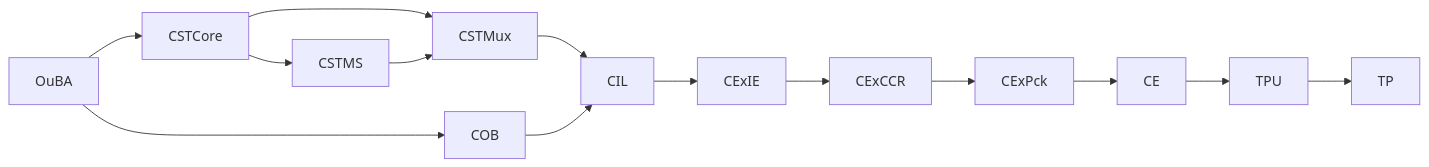
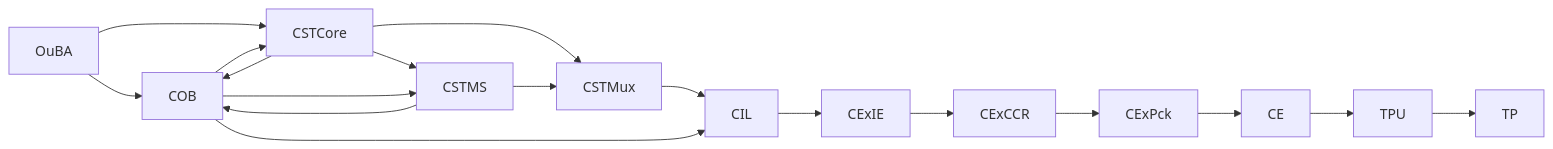
One commit to CuriousOne23/WhenMathPrays changed the first of 3 diagrams in thought_simulator/requirements_20/system_playground/primitives/tpu/tp_description.md. Above: the diagram before and after it, drawn with Mermaid.

Commit message:
Update tp_description.md with COB connections
Added COB connections to CSTCore and CSTMS in the stability layer.

````diff
--- a/thought_simulator/requirements_20/system_playground/primitives/tpu/tp_description.md
+++ b/thought_simulator/requirements_20/system_playground/primitives/tpu/tp_description.md
@@ -41,26 +41,30 @@
 ```mermaid
 flowchart LR
 
     %% ===== Meaning Layer → Stability Layer =====
     OuBA --> COB
     OuBA --> CSTCore
 
     %% ===== Stability Layer =====
     CSTCore --> CSTMS
     CSTCore --> CSTMux
     CSTMS --> CSTMux
+    CSTCore --> COB
+    CSTMS --> COB
+    COB --> CSTCore
+    COB --> CSTMS
 
     %% ===== USP → Intake =====
     CSTMux --> CIL
     COB --> CIL
 
     %% ===== Intake → Extraction =====
     CIL --> CExIE
     CExIE --> CExCCR
     CExCCR --> CExPck
 
     %% ===== Semantic Firewall → TP =====
     CExPck --> CE
     CE --> TPU
     TPU --> TP
 ```
````
